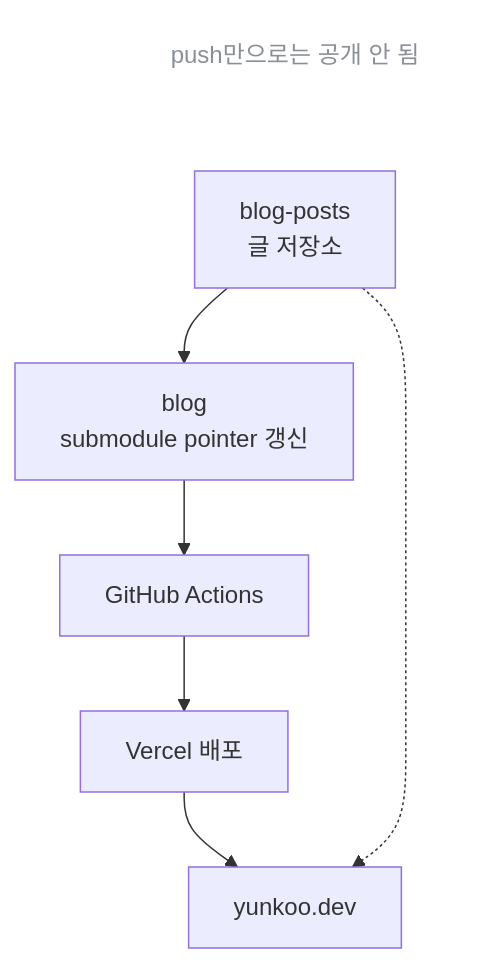
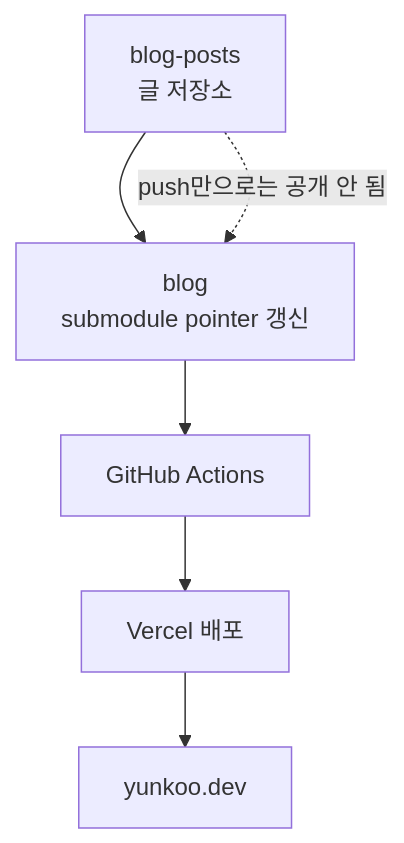
One commit to yunkooo/blog changed the diagram in README.md. Above: the diagram before and after it, drawn with Mermaid. The commit also changed other lines of this file, not shown here.

Commit message:
Update README project overview

````diff
--- a/README.md
+++ b/README.md
@@ -13,13 +17,15 @@
 ```mermaid
 flowchart TD
-  note["push만으로는 공개 안 됨"]
-  posts["blog-posts<br/>글 저장소"] --> pointer["blog<br/>submodule pointer 갱신"]
-  pointer --> actions["GitHub Actions"]
-  actions --> vercel["Vercel 배포"]
-  vercel --> site["yunkoo.dev"]
+  posts["blog-posts<br/>글 저장소"]
+  blog["blog<br/>submodule pointer 갱신"]
+  actions["GitHub Actions"]
+  vercel["Vercel 배포"]
+  site["yunkoo.dev"]
 
-  note ~~~ posts
-  posts -.-> site
+  posts --> blog
+  blog --> actions
+  actions --> vercel
+  vercel --> site
 
-  style note fill:transparent,stroke:transparent,color:#8a8f98
+  posts -. "push만으로는 공개 안 됨" .-> blog
 ```
````
